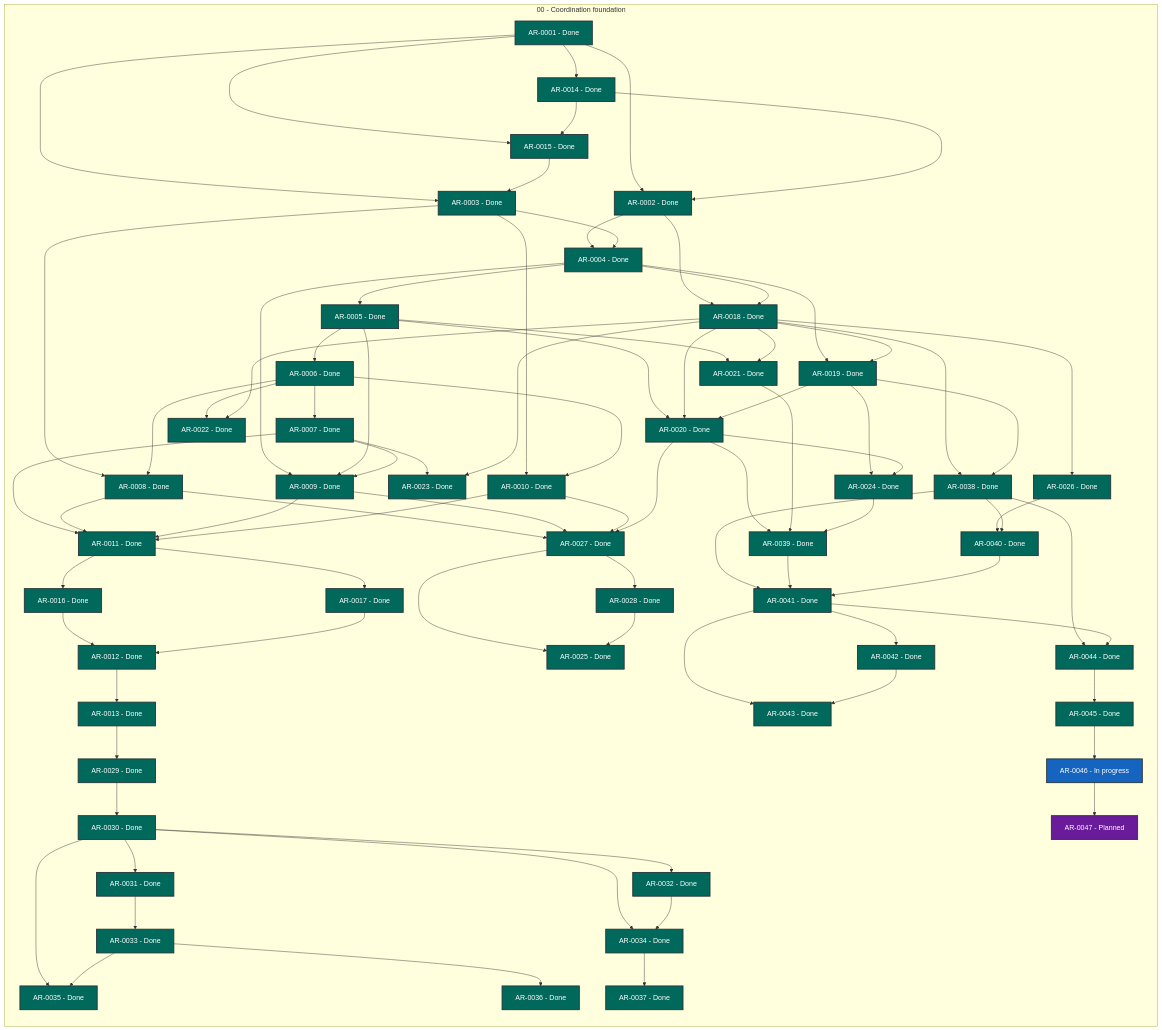
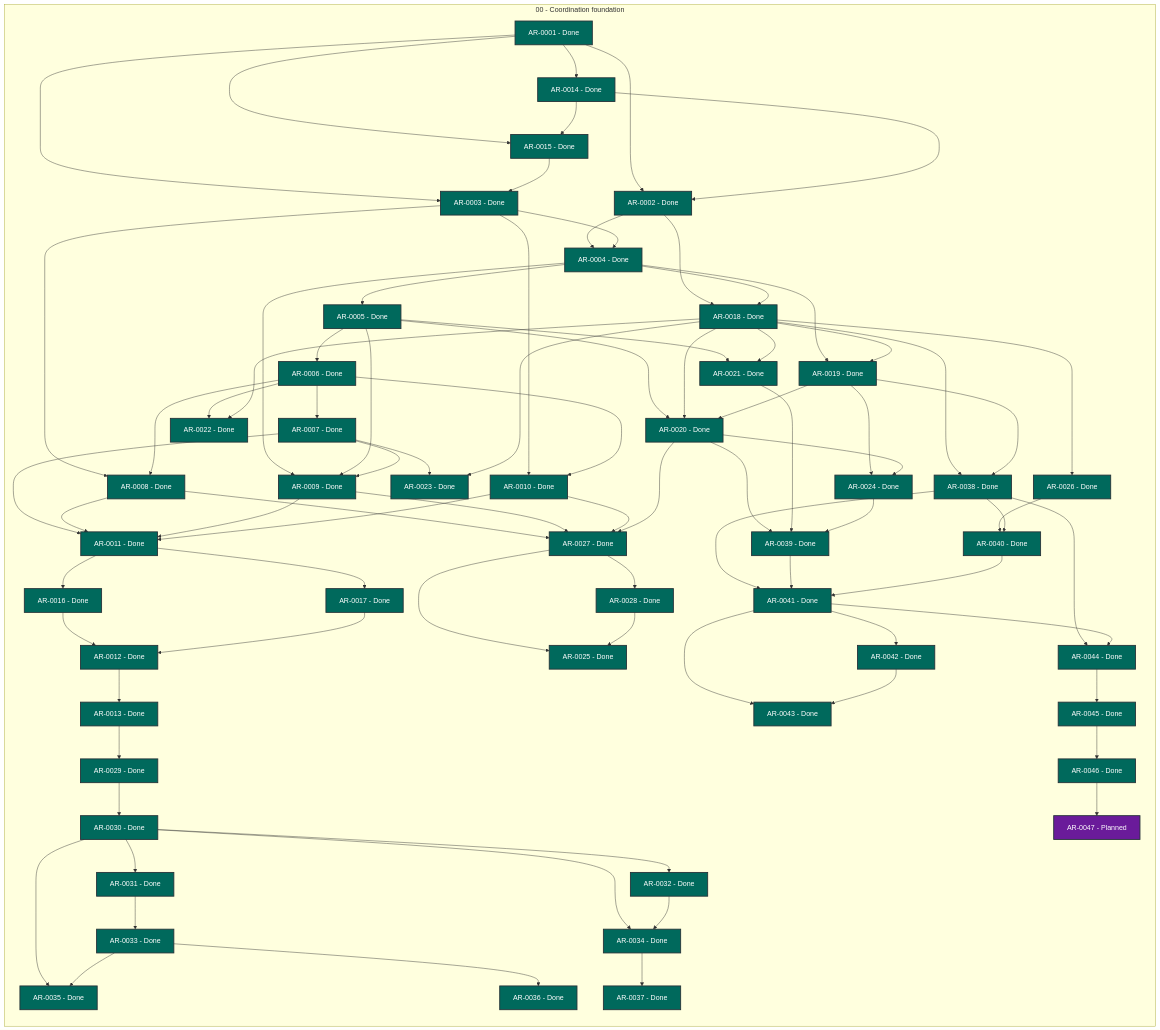
Before and after one commit to martin-beck/agent-workflow-tui-state: the diagram in STATUS.md, drawn with Mermaid. The commit also changed other lines of this file and 2 other files, not shown here.

```diff
--- a/STATUS.md
+++ b/STATUS.md
@@ -73,7 +73,7 @@
         AR_0043["AR-0043 - Done"]:::status_done
         AR_0044["AR-0044 - Done"]:::status_done
         AR_0045["AR-0045 - Done"]:::status_done
-        AR_0046["AR-0046 - In progress"]:::status_in_progress
+        AR_0046["AR-0046 - Done"]:::status_done
         AR_0047["AR-0047 - Planned"]:::status_planned
     end
     AR_0001 --> AR_0002
```
